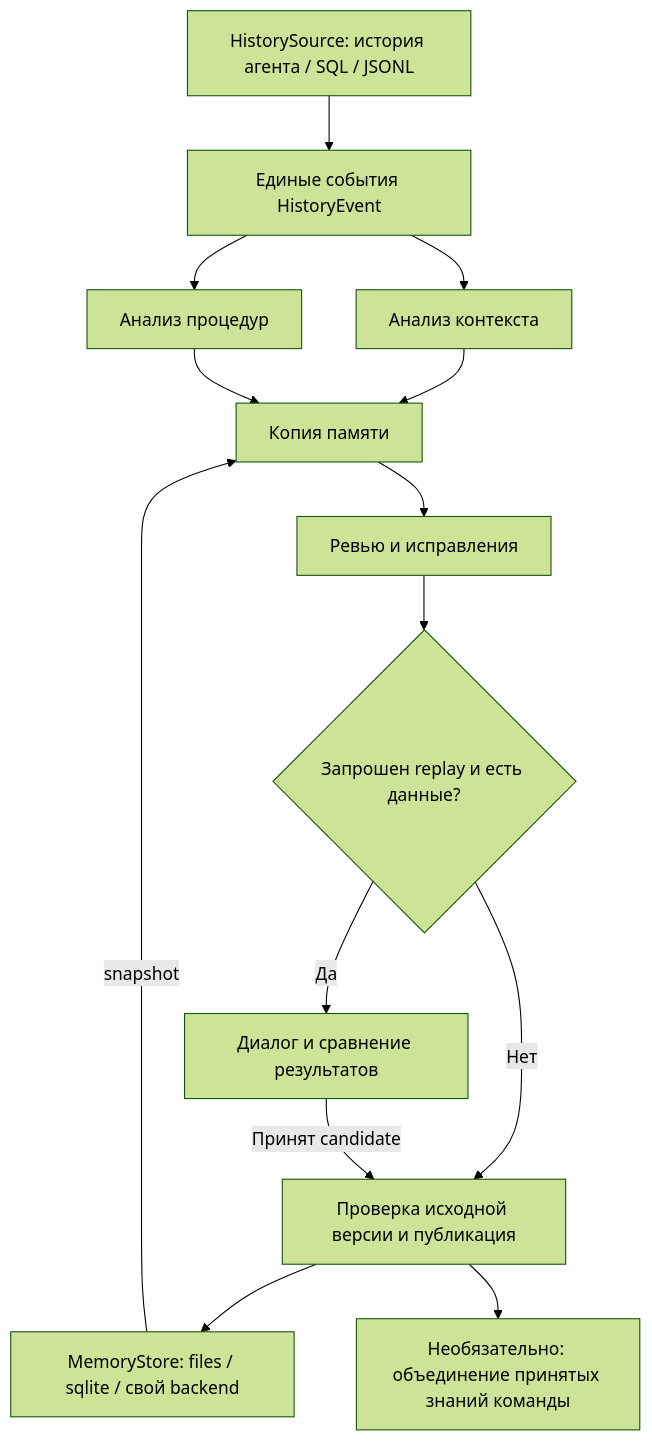
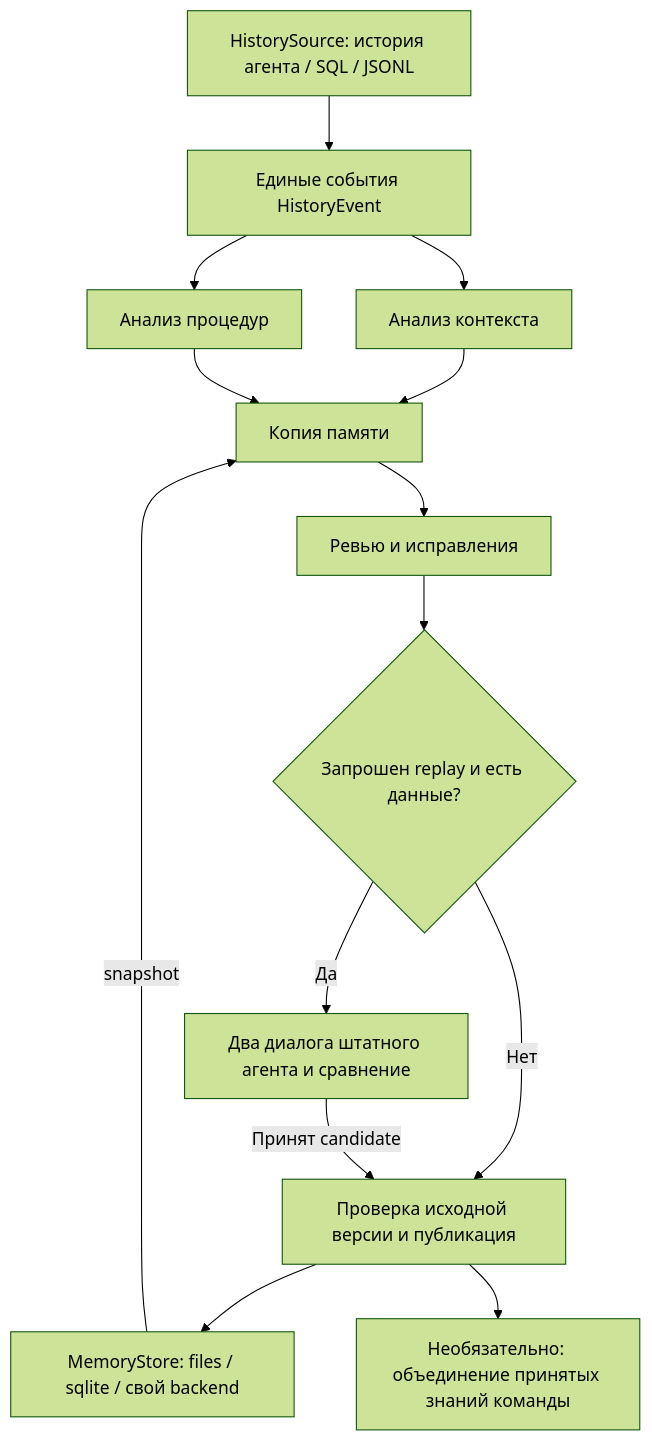
One commit to Viacheslav-hub-blip/comand_agent_memory changed the diagram in README.md. Above: the diagram before and after it, drawn with Mermaid (forest theme). The commit also changed other lines of this file and 49 other files, not shown here.

````diff
--- a/README.md
+++ b/README.md
@@ -109,16 +133,16 @@
 ```mermaid
 flowchart TD
     History["HistorySource: история агента / SQL / JSONL"] --> Events["Единые события HistoryEvent"]
     Events --> Context["Анализ контекста"]
     Events --> Procedures["Анализ процедур"]
     Context --> Draft["Копия памяти"]
     Procedures --> Draft
     Store["MemoryStore: files / sqlite / свой backend"] -->|"snapshot"| Draft
     Draft --> Review["Ревью и исправления"]
     Review --> Replay{"Запрошен replay и есть данные?"}
-    Replay -->|"Да"| Evaluate["Диалог и сравнение результатов"]
+    Replay -->|"Да"| Evaluate["Два диалога штатного агента и сравнение"]
     Replay -->|"Нет"| Publish["Проверка исходной версии и публикация"]
     Evaluate -->|"Принят candidate"| Publish
     Publish --> Store
     Publish --> Team["Необязательно: объединение принятых знаний команды"]
 ```
````
